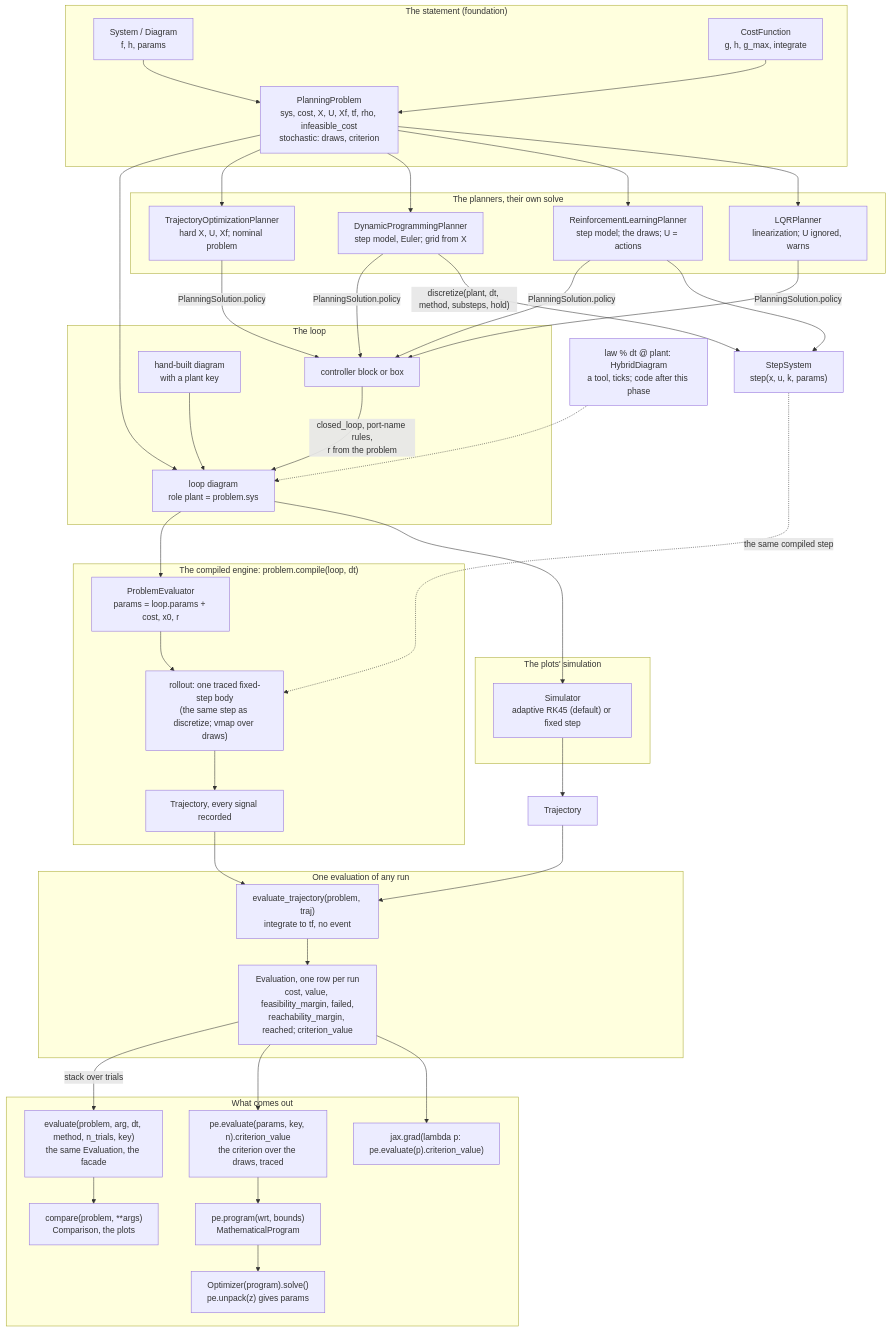
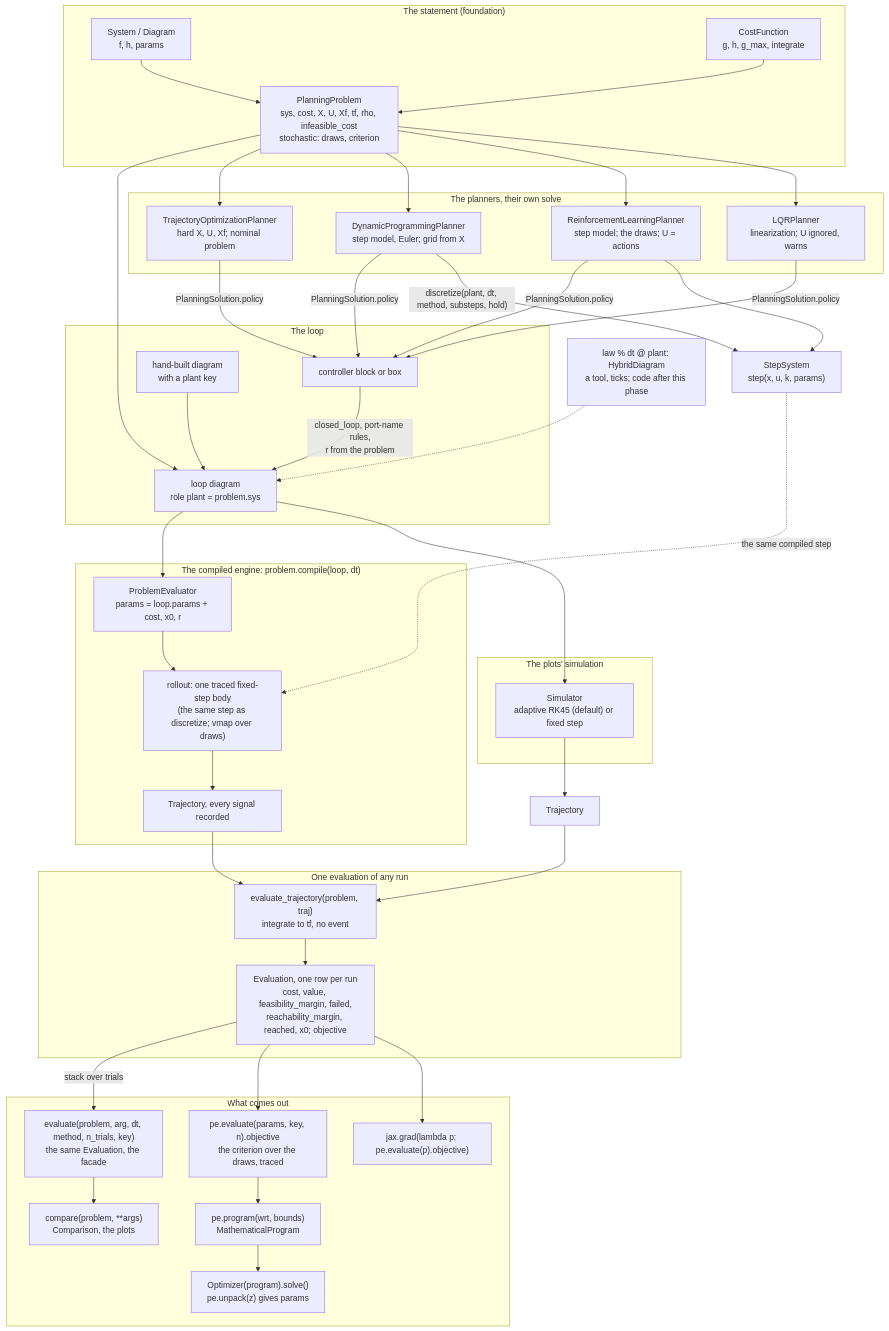
Before and after one commit to alx87grd/minilink: the diagram in docs/plans/pipeline.mmd, drawn with Mermaid. The commit also changed 1 other file, not shown here.

Commit message:
docs: the evaluator pipeline as one mermaid picture in DESIGN §6
From the maintainer's sketch, checked against planning/evaluator.py: the
objects with their params, one compile into one parameter tree, the draws
realized from a key, the rollout and scoring of each trial, the Evaluation
and its criterion, and the program over any leaves. pipeline.mmd's stale
criterion_value becomes objective.

```diff
--- a/docs/plans/pipeline.mmd
+++ b/docs/plans/pipeline.mmd
@@ -1,66 +1,66 @@
 flowchart TD
     subgraph statement["The statement (foundation)"]
         SYS["System / Diagram<br/>f, h, params"]
         COST["CostFunction<br/>g, h, g_max, integrate"]
         PROB["PlanningProblem<br/>sys, cost, X, U, Xf, tf, rho, infeasible_cost<br/>stochastic: draws, criterion"]
         SYS --> PROB
         COST --> PROB
     end
 
     subgraph loop["The loop"]
         CTL["controller block or box"] -->|"closed_loop, port-name rules,<br/>r from the problem"| LOOP["loop diagram<br/>role plant = problem.sys"]
         HAND["hand-built diagram<br/>with a plant key"] --> LOOP
     end
     PROB --> LOOP
 
     subgraph engine["The compiled engine: problem.compile(loop, dt)"]
         PE["ProblemEvaluator<br/>params = loop.params + cost, x0, r"]
         RUN["rollout: one traced fixed-step body<br/>(the same step as discretize; vmap over draws)"]
         PE --> RUN --> TRAJ["Trajectory, every signal recorded"]
     end
     LOOP --> PE
 
     subgraph sim["The plots' simulation"]
         SIMU["Simulator<br/>adaptive RK45 (default) or fixed step"]
     end
     LOOP --> SIMU --> TRAJ2["Trajectory"]
 
     subgraph score["One evaluation of any run"]
         ET["evaluate_trajectory(problem, traj)<br/>integrate to tf, no event"]
-        REC["Evaluation, one row per run<br/>cost, value, feasibility_margin, failed,<br/>reachability_margin, reached; criterion_value"]
+        REC["Evaluation, one row per run<br/>cost, value, feasibility_margin, failed,<br/>reachability_margin, reached, x0; objective"]
         ET --> REC
     end
     TRAJ --> ET
     TRAJ2 --> ET
 
     subgraph outputs["What comes out"]
         EVAL["evaluate(problem, arg, dt, method, n_trials, key)<br/>the same Evaluation, the facade"]
         CMP["compare(problem, **args)<br/>Comparison, the plots"]
-        VAL["pe.evaluate(params, key, n).criterion_value<br/>the criterion over the draws, traced"]
+        VAL["pe.evaluate(params, key, n).objective<br/>the criterion over the draws, traced"]
         PROG["pe.program(wrt, bounds)<br/>MathematicalProgram"]
         OPT["Optimizer(program).solve()<br/>pe.unpack(z) gives params"]
-        GRAD["jax.grad(lambda p: pe.evaluate(p).criterion_value)"]
+        GRAD["jax.grad(lambda p: pe.evaluate(p).objective)"]
     end
     REC -->|"stack over trials"| EVAL --> CMP
     REC --> VAL --> PROG --> OPT
     REC --> GRAD
 
     subgraph planners["The planners, their own solve"]
         TO["TrajectoryOptimizationPlanner<br/>hard X, U, Xf; nominal problem"]
         DP["DynamicProgrammingPlanner<br/>step model, Euler; grid from X"]
         RL["ReinforcementLearningPlanner<br/>step model; the draws; U = actions"]
         LQR["LQRPlanner<br/>linearization; U ignored, warns"]
     end
     PROB --> TO
     PROB --> DP
     PROB --> RL
     PROB --> LQR
     TO -->|"PlanningSolution.policy"| CTL
     DP -->|"PlanningSolution.policy"| CTL
     RL -->|"PlanningSolution.policy"| CTL
     LQR -->|"PlanningSolution.policy"| CTL
     DP -->|"discretize(plant, dt, method, substeps, hold)"| STEP["StepSystem<br/>step(x, u, k, params)"]
     RL --> STEP
     STEP -.->|"the same compiled step"| RUN
 
     HYB["law % dt @ plant: HybridDiagram<br/>a tool, ticks; code after this phase"] -.-> LOOP
```
